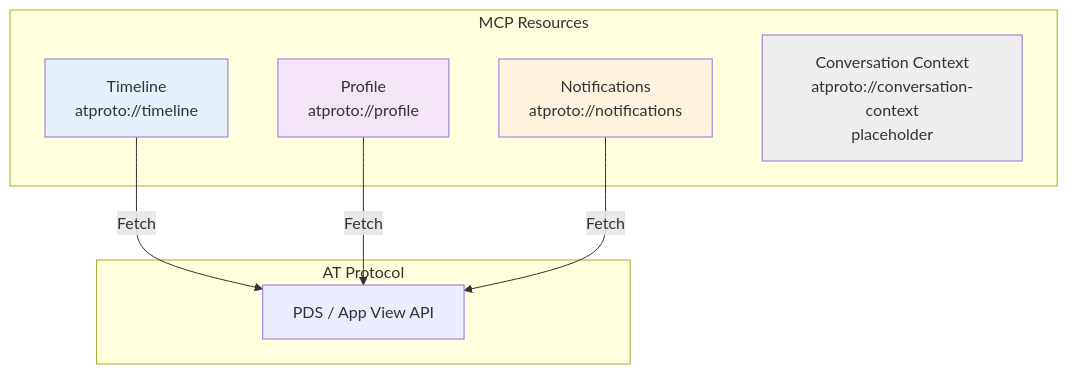
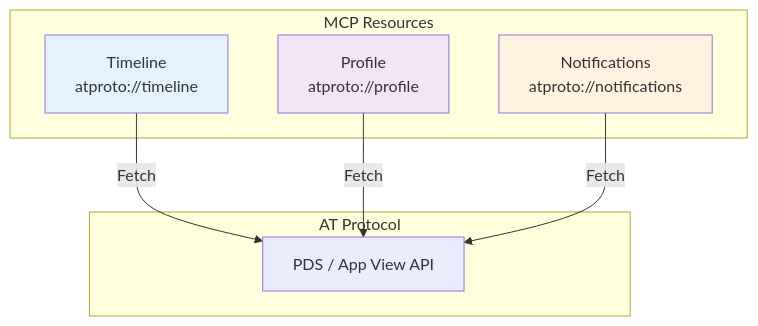
One commit to cameronrye/atproto-mcp changed the fourth of 15 diagrams in docs/diagrams/architecture.md. Above: the diagram before and after it, drawn with Mermaid. The commit also changed other lines of this file and 15 other files, not shown here.

````diff
--- a/docs/diagrams/architecture.md
+++ b/docs/diagrams/architecture.md
@@ -170,22 +169,20 @@
 ```mermaid
 graph TB
     subgraph "MCP Resources"
         Timeline[Timeline<br/>atproto://timeline]
         Profile[Profile<br/>atproto://profile]
         Notifs[Notifications<br/>atproto://notifications]
-        Convo[Conversation Context<br/>atproto://conversation-context<br/>placeholder]
     end
 
     subgraph "AT Protocol"
         API[PDS / App View API]
     end
 
     Timeline -->|Fetch| API
     Profile -->|Fetch| API
     Notifs -->|Fetch| API
 
     style Timeline fill:#e3f2fd
     style Profile fill:#f3e5f5
     style Notifs fill:#fff3e0
-    style Convo fill:#eeeeee
 ```
````
